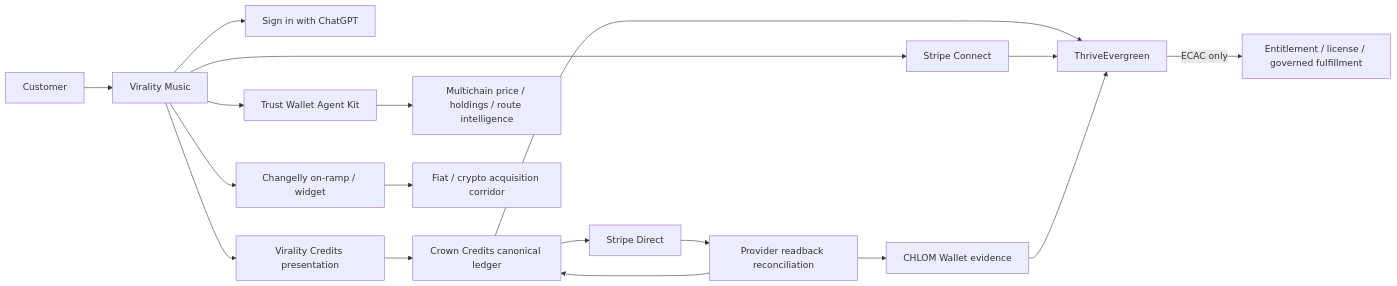
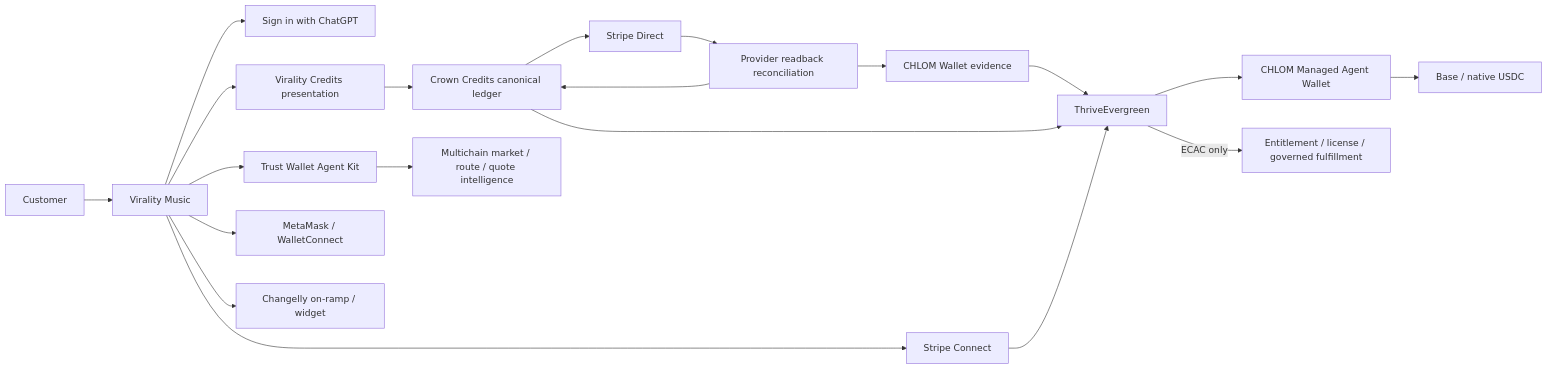
Before and after one commit to crownthrive1/CrownThrive-OS: the diagram in commerce/production-hybrid-commerce-convergence-2026-08-23.mdx, drawn with Mermaid. The commit also changed other lines of this file, not shown here.

Commit message:
docs: reconcile hybrid commerce to managed Agent Wallet state

````diff
--- a/commerce/production-hybrid-commerce-convergence-2026-08-23.mdx
+++ b/commerce/production-hybrid-commerce-convergence-2026-08-23.mdx
@@ -35,20 +36,22 @@
 ```mermaid
 flowchart LR
   Customer[Customer] --> VM[Virality Music]
   VM --> Auth[Sign in with ChatGPT]
   VM --> VC[Virality Credits presentation]
   VC --> CC[Crown Credits canonical ledger]
   CC --> Stripe[Stripe Direct]
   Stripe --> Readback[Provider readback reconciliation]
   Readback --> CC
-  Readback --> Wallet[CHLOM Wallet evidence]
+  Readback --> Evidence[CHLOM Wallet evidence]
   VM --> Connect[Stripe Connect]
   VM --> TW[Trust Wallet Agent Kit]
+  TW --> Quote[Multichain market / route / quote intelligence]
+  VM --> Meta[MetaMask / WalletConnect]
   VM --> Changelly[Changelly on-ramp / widget]
-  TW --> Quote[Multichain price / holdings / route intelligence]
-  Changelly --> FiatCrypto[Fiat / crypto acquisition corridor]
-  CC --> TE[ThriveEvergreen]
+  Evidence --> TE[ThriveEvergreen]
+  CC --> TE
   Connect --> TE
-  Wallet --> TE
+  TE --> Agent[CHLOM Managed Agent Wallet]
+  Agent --> Base[Base / native USDC]
   TE -->|ECAC only| Commerce[Entitlement / license / governed fulfillment]
 ```
````
